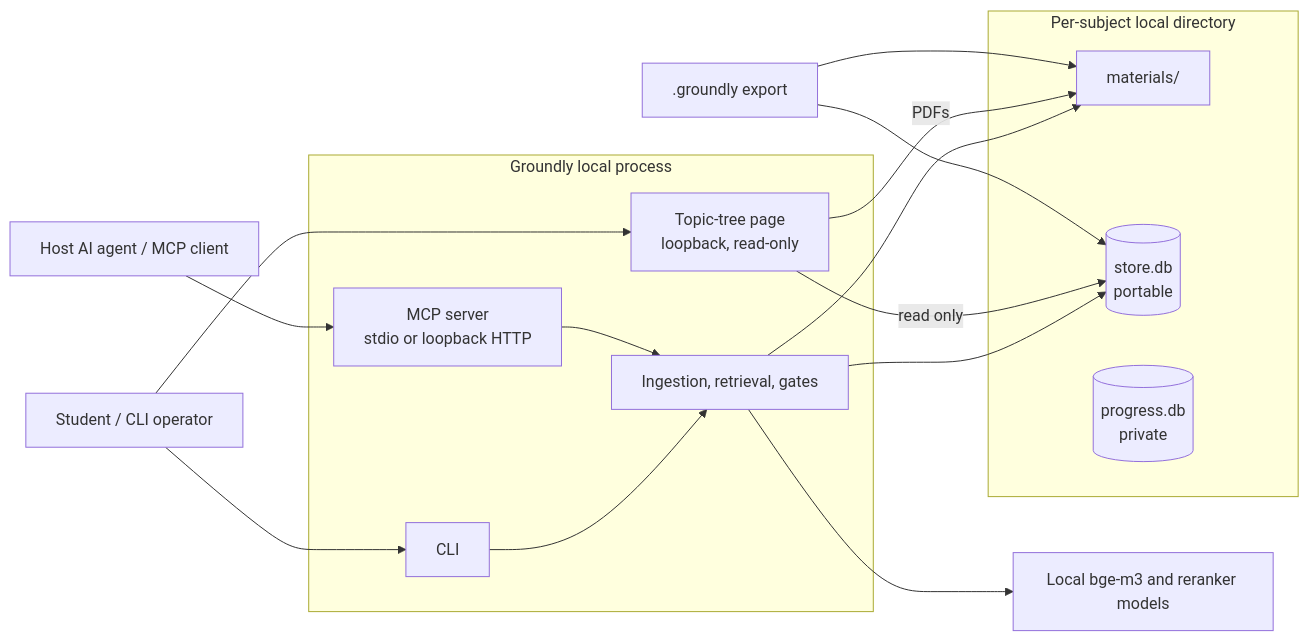
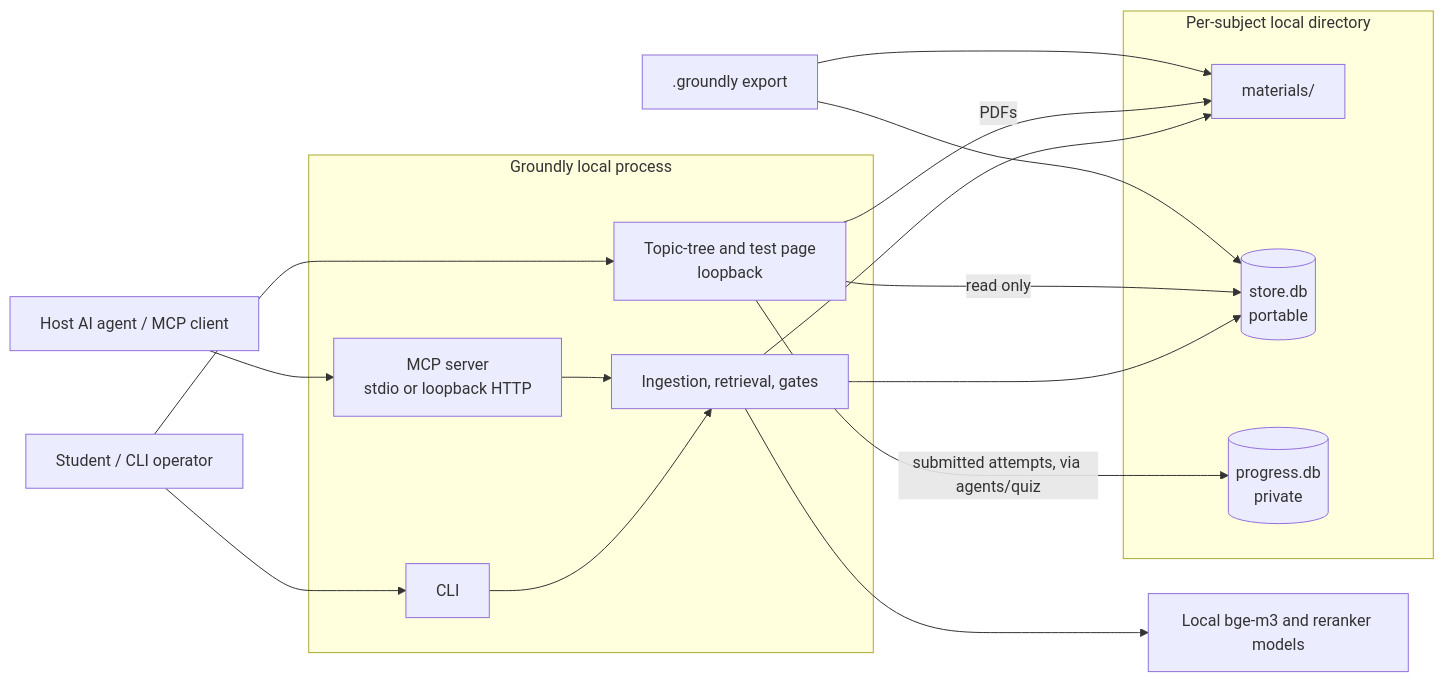
Before and after one commit to paulhondola/groundly: the diagram in docs/architecture/overview.md, drawn with Mermaid. The commit also changed other lines of this file and 11 other files, not shown here.

````diff
--- a/docs/architecture/overview.md
+++ b/docs/architecture/overview.md
@@ -32,32 +32,33 @@
 ```mermaid
 flowchart LR
     student[Student / CLI operator]
     host[Host AI agent / MCP client]
     models[Local bge-m3 and reranker models]
 
     subgraph Groundly[Groundly local process]
         cli[CLI]
         mcp[MCP server\nstdio or loopback HTTP]
-        web[Topic-tree page\nloopback, read-only]
+        web[Topic-tree and test page\nloopback]
         services[Ingestion, retrieval, gates]
         cli --> services
         mcp --> services
     end
 
     subgraph Subject[Per-subject local directory]
         materials[materials/]
         store[(store.db\nportable)]
         progress[(progress.db\nprivate)]
     end
 
     student --> cli
     student --> web
     host --> mcp
     services --> materials
     services --> store
     web -->|read only| store
+    web -->|submitted attempts, via agents/quiz| progress
     web -->|PDFs| materials
     services --> models
     bundle[.groundly export] --> store
     bundle --> materials
 ```
````
